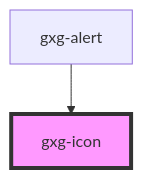
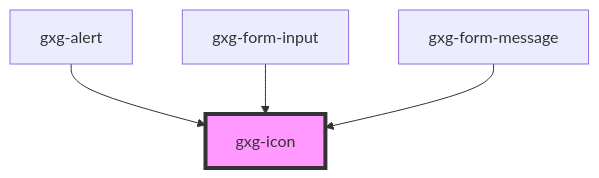
One commit to genexuslabs/gemini changed the diagram in src/components/icon/readme.md. Above: the diagram before and after it, drawn with Mermaid. The commit also changed other lines of this file and 14 other files, not shown here.

Commit message:
Form text input

````diff
--- a/src/components/icon/readme.md
+++ b/src/components/icon/readme.md
@@ -22,5 +24,7 @@
 ```mermaid
 graph TD;
   gxg-alert --> gxg-icon
+  gxg-form-input --> gxg-icon
+  gxg-form-message --> gxg-icon
   style gxg-icon fill:#f9f,stroke:#333,stroke-width:4px
 ```
````
